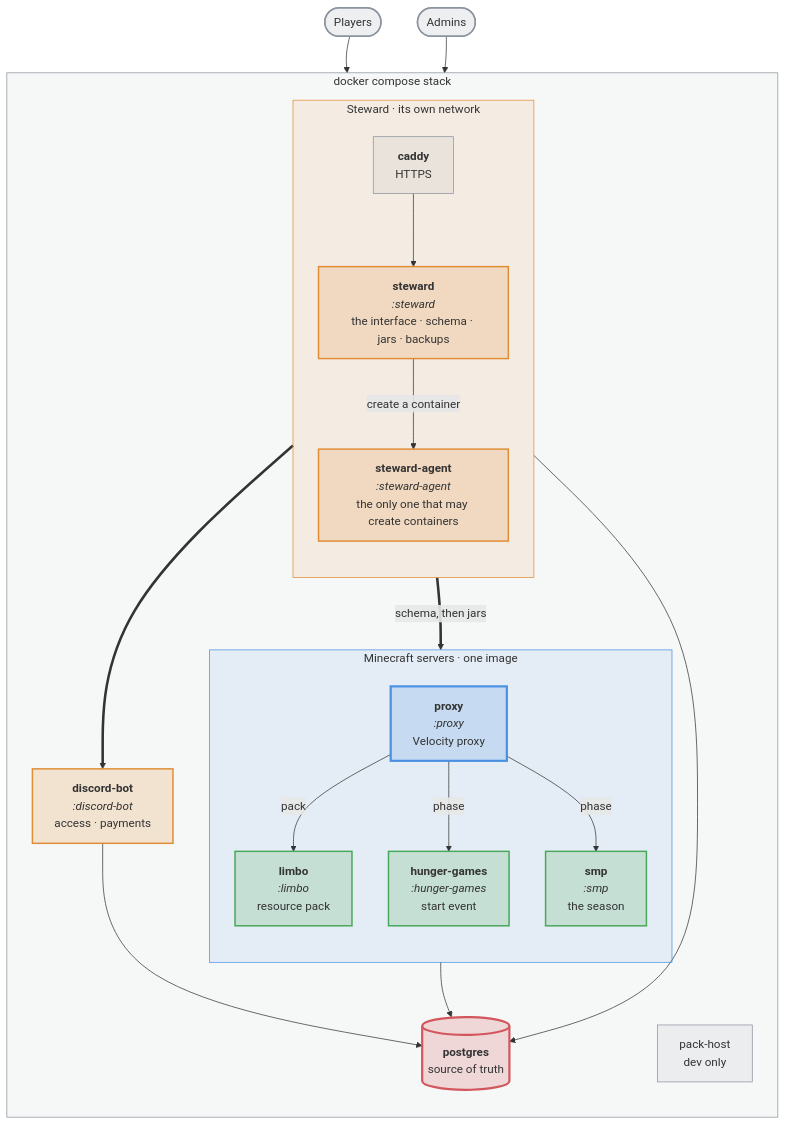
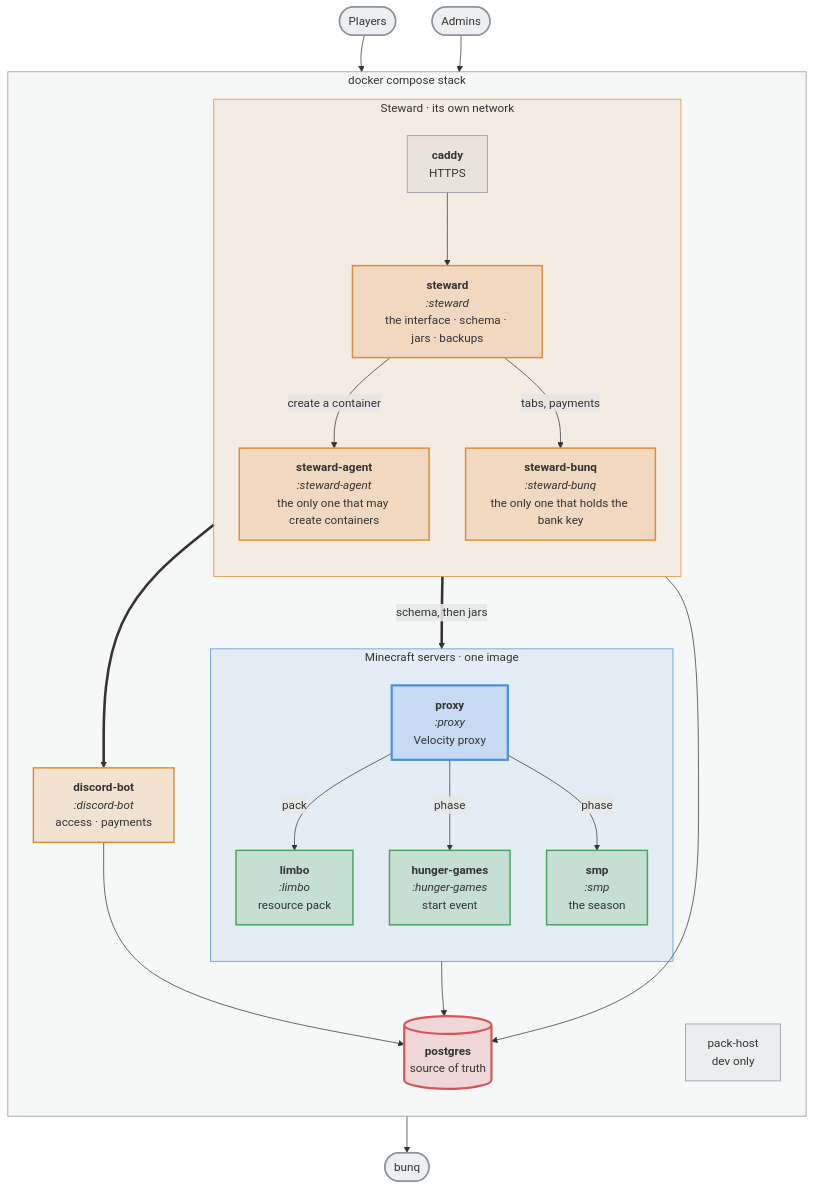
One commit to nordtal/season-2 changed the diagram in README.md. Above: the diagram before and after it, drawn with Mermaid. The commit also changed other lines of this file and 77 other files, not shown here.

````diff
--- a/README.md
+++ b/README.md
@@ -25,48 +25,51 @@
 ```mermaid
 %%{init: {'themeVariables': {'fontSize': '16px'}}}%%
 flowchart TB
     players(["Players"]):::ext --> NC
 
     subgraph stack["docker compose stack"]
         direction TB
         subgraph steward["Steward · its own network"]
             direction TB
             CADDY["<b>caddy</b><br/>HTTPS"]:::side
             UPD["<b>steward</b><br/><i>:steward</i><br/>the interface · schema · jars · backups"]:::app
             DEP["<b>steward-agent</b><br/><i>:steward-agent</i><br/>the only one that may create containers"]:::app
+            BANK["<b>steward-bunq</b><br/><i>:steward-bunq</i><br/>the only one that holds the bank key"]:::app
         end
         subgraph servers["Minecraft servers · one image"]
             direction TB
             NC["<b>proxy</b><br/><i>:proxy</i><br/>Velocity proxy"]:::proxy
             LIMBO["<b>limbo</b><br/><i>:limbo</i><br/>resource pack"]:::paper
             HG["<b>hunger-games</b><br/><i>:hunger-games</i><br/>start event"]:::paper
             SMP["<b>smp</b><br/><i>:smp</i><br/>the season"]:::paper
         end
         BOT["<b>discord-bot</b><br/><i>:discord-bot</i><br/>access · payments"]:::app
         PG[("<b>postgres</b><br/>source of truth")]:::db
         PACKHOST["pack-host<br/>dev only"]:::side
     end
 
     admins(["Admins"]):::ext --> CADDY
+    BANK --> bunq(["bunq"]):::ext
     players ~~~ UPD
     CADDY --> UPD
     UPD -->|"create a container"| DEP
+    UPD -->|"tabs, payments"| BANK
     UPD ==>|"schema, then jars"| servers
     UPD ==> BOT
     NC -->|"pack"| LIMBO
     NC -->|"phase"| HG
     NC -->|"phase"| SMP
     servers --> PG
     BOT --> PG
     UPD --> PG
 
     classDef ext fill:#8b949e26,stroke:#8b949e,stroke-width:2px
     classDef proxy fill:#4a90e233,stroke:#4a90e2,stroke-width:3px
     classDef paper fill:#46a75833,stroke:#46a758,stroke-width:2px
     classDef app fill:#e08c3433,stroke:#e08c34,stroke-width:2px
     classDef db fill:#d2565b33,stroke:#d2565b,stroke-width:3px
     classDef side fill:#8b949e1a,stroke:#8b949e,stroke-width:1px
     style stack fill:#8b949e14,stroke:#8b949e,stroke-width:1px
     style servers fill:#4a90e21a,stroke:#4a90e2,stroke-width:1px
     style steward fill:#e08c341a,stroke:#e08c34,stroke-width:1px
 ```
````
